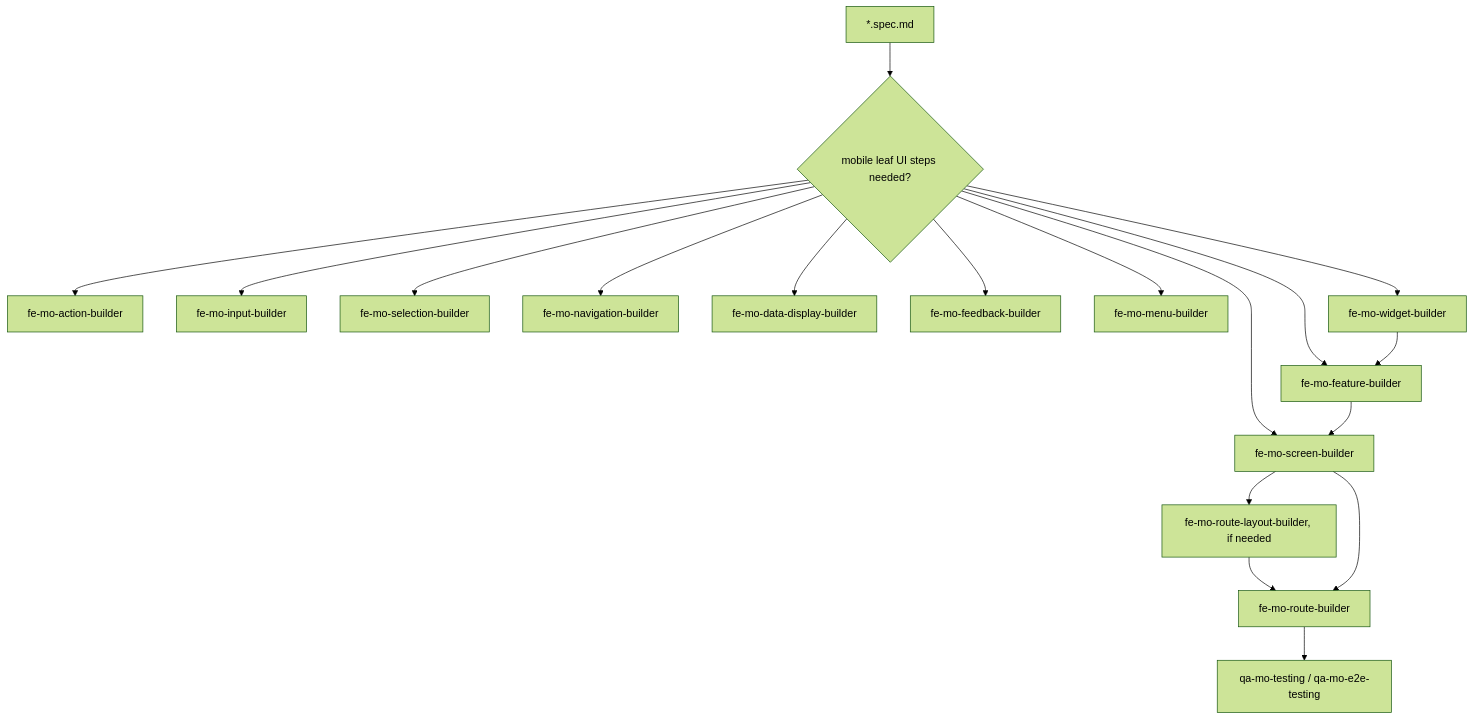
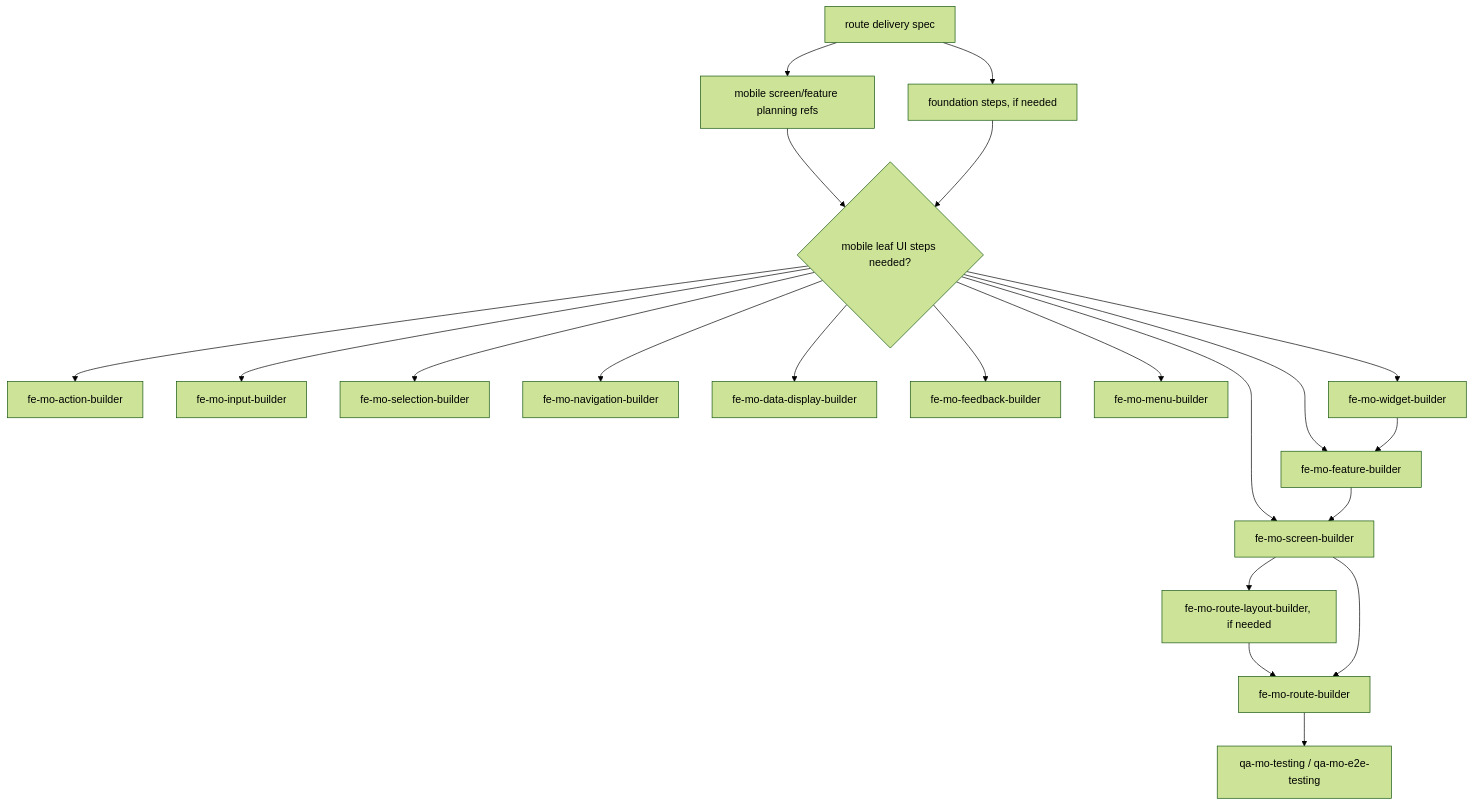
One commit to kimjoongwon/prj-core changed the fifth of 5 diagrams in docs/orchestration-agent-relationship-flow.md. Above: the diagram before and after it, drawn with Mermaid (forest theme). The commit also changed other lines of this file and 76 other files, not shown here.

Commit message:
chore: consolidate delivery spec orchestration

````diff
--- a/docs/orchestration-agent-relationship-flow.md
+++ b/docs/orchestration-agent-relationship-flow.md
@@ -191,20 +217,23 @@
 ```mermaid
 flowchart TD
-  Spec["*.spec.md"] --> Leaf{"mobile leaf UI steps needed?"}
+  Spec["route delivery spec"] --> Planning["mobile screen/feature planning refs"]
+  Planning --> Leaf{"mobile leaf UI steps needed?"}
+  Spec --> Foundation["foundation steps, if needed"]
+  Foundation --> Leaf
   Leaf --> Action["fe-mo-action-builder"]
   Leaf --> Input["fe-mo-input-builder"]
   Leaf --> Selection["fe-mo-selection-builder"]
   Leaf --> Navigation["fe-mo-navigation-builder"]
   Leaf --> DataDisplay["fe-mo-data-display-builder"]
   Leaf --> Feedback["fe-mo-feedback-builder"]
   Leaf --> Menu["fe-mo-menu-builder"]
   Leaf --> Widget["fe-mo-widget-builder"]
   Leaf --> Feature["fe-mo-feature-builder"]
   Leaf --> Screen["fe-mo-screen-builder"]
   Widget --> Feature
   Feature --> Screen
   Screen --> Layout["fe-mo-route-layout-builder, if needed"]
   Layout --> Route["fe-mo-route-builder"]
   Screen --> Route
   Route --> QA["qa-mo-testing / qa-mo-e2e-testing"]
 ```
````
